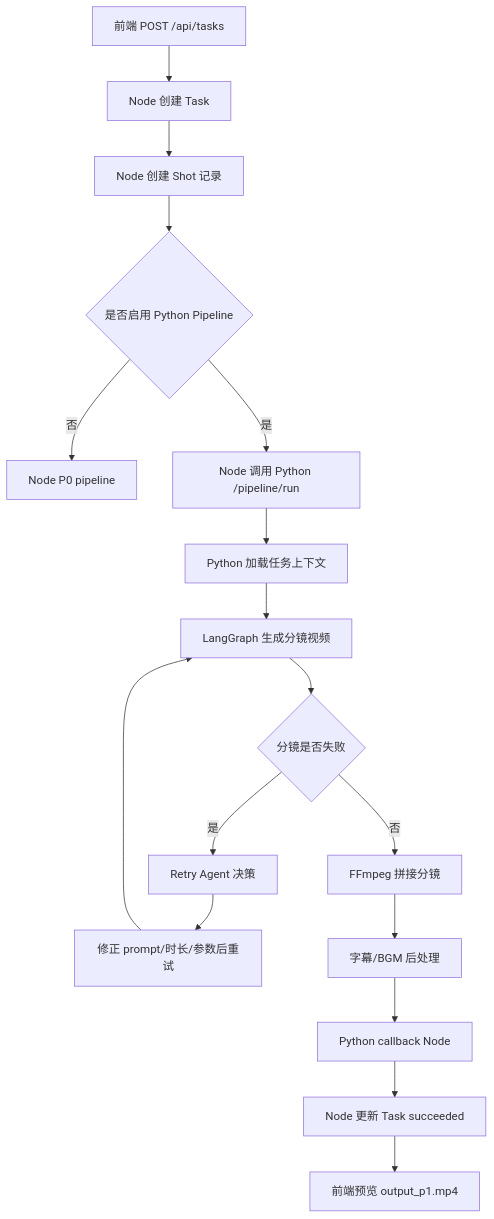
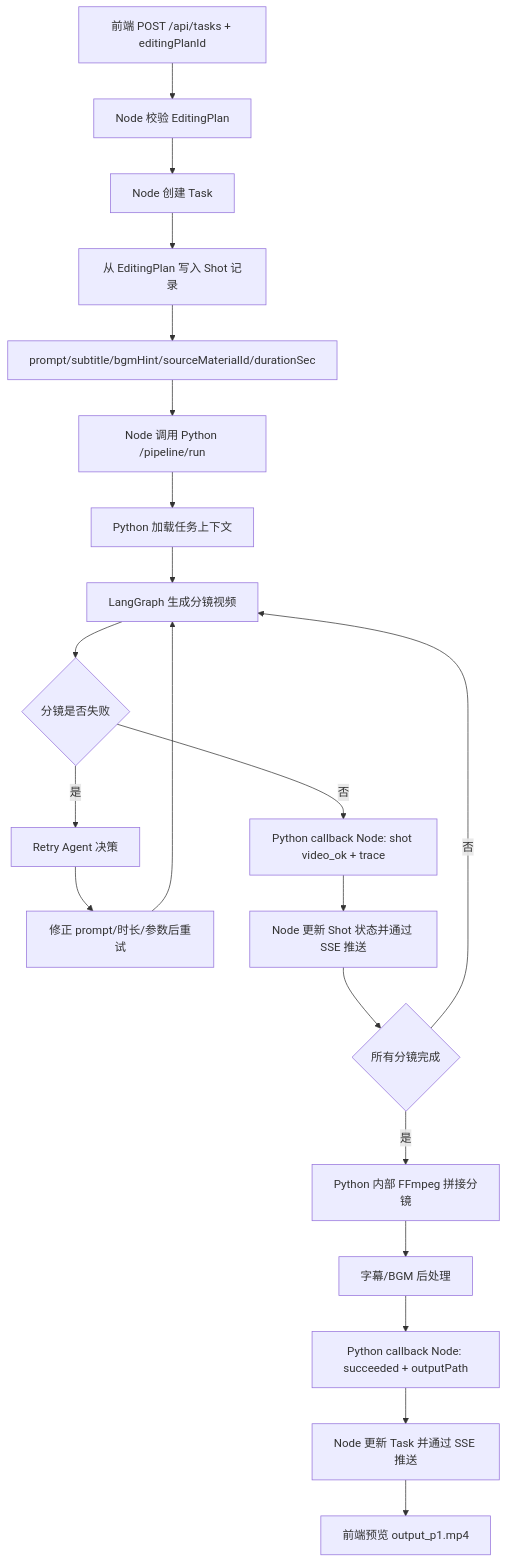
Before and after one commit to xiaoyugangg/tiktok_shop: the ninth of 17 diagrams in docs/项目讲解.md, drawn with Mermaid. The commit also changed other lines of this file and 46 other files, not shown here.

````diff
--- a/docs/项目讲解.md
+++ b/docs/项目讲解.md
@@ -288,19 +496,23 @@
 ```mermaid
 flowchart TD
-  A[前端 POST /api/tasks] --> B[Node 创建 Task]
-  B --> C[Node 创建 Shot 记录]
-  C --> D{是否启用 Python Pipeline}
-  D -->|否| E[Node P0 pipeline]
-  D -->|是| F[Node 调用 Python /pipeline/run]
+  A[前端 POST /api/tasks + editingPlanId] --> B[Node 校验 EditingPlan]
+  B --> C[Node 创建 Task]
+  C --> D[从 EditingPlan 写入 Shot 记录]
+  D --> E[prompt/subtitle/bgmHint/sourceMaterialId/durationSec]
+  E --> F[Node 调用 Python /pipeline/run]
   F --> G[Python 加载任务上下文]
   G --> H[LangGraph 生成分镜视频]
   H --> I{分镜是否失败}
   I -->|是| J[Retry Agent 决策]
   J --> K[修正 prompt/时长/参数后重试]
   K --> H
-  I -->|否| L[FFmpeg 拼接分镜]
-  L --> M[字幕/BGM 后处理]
-  M --> N[Python callback Node]
-  N --> O[Node 更新 Task succeeded]
-  O --> P[前端预览 output_p1.mp4]
+  I -->|否| L[Python callback Node: shot video_ok + trace]
+  L --> M[Node 更新 Shot 状态并通过 SSE 推送]
+  M --> N{所有分镜完成}
+  N -->|否| H
+  N -->|是| O[Python 内部 FFmpeg 拼接分镜]
+  O --> P[字幕/BGM 后处理]
+  P --> Q[Python callback Node: succeeded + outputPath]
+  Q --> R[Node 更新 Task 并通过 SSE 推送]
+  R --> S[前端预览 output_p1.mp4]
 ```
````
